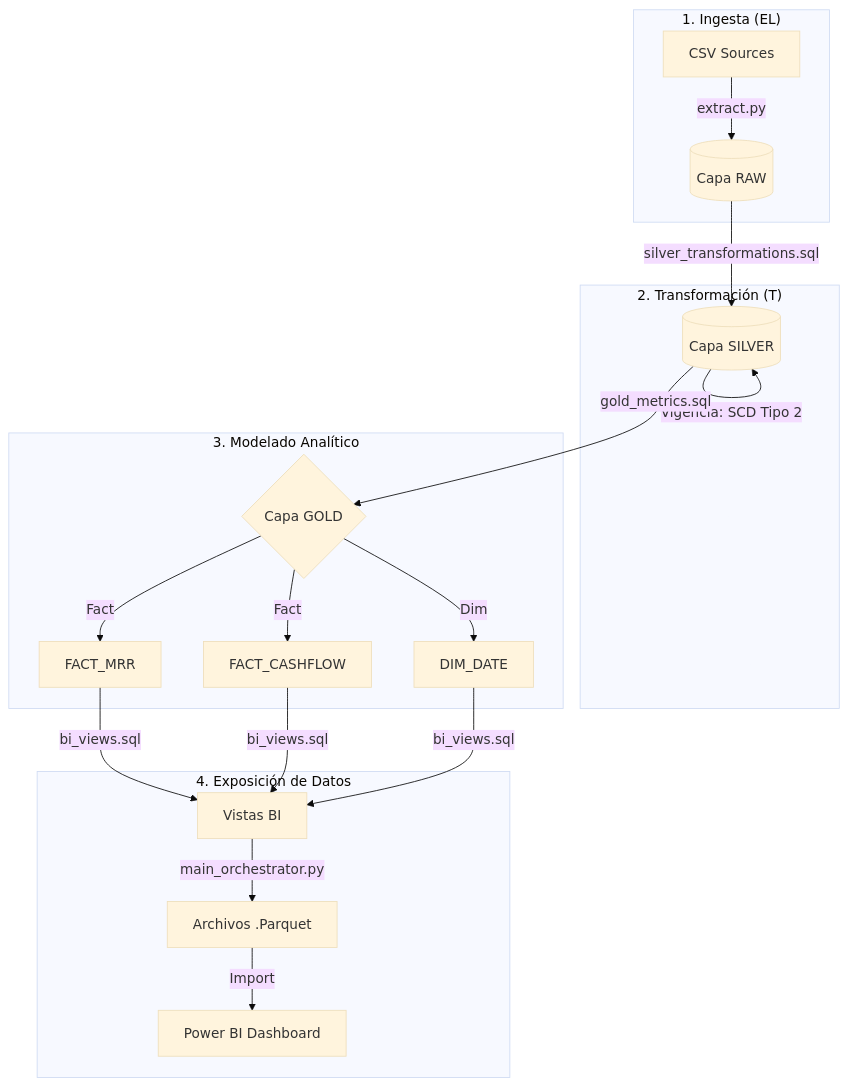
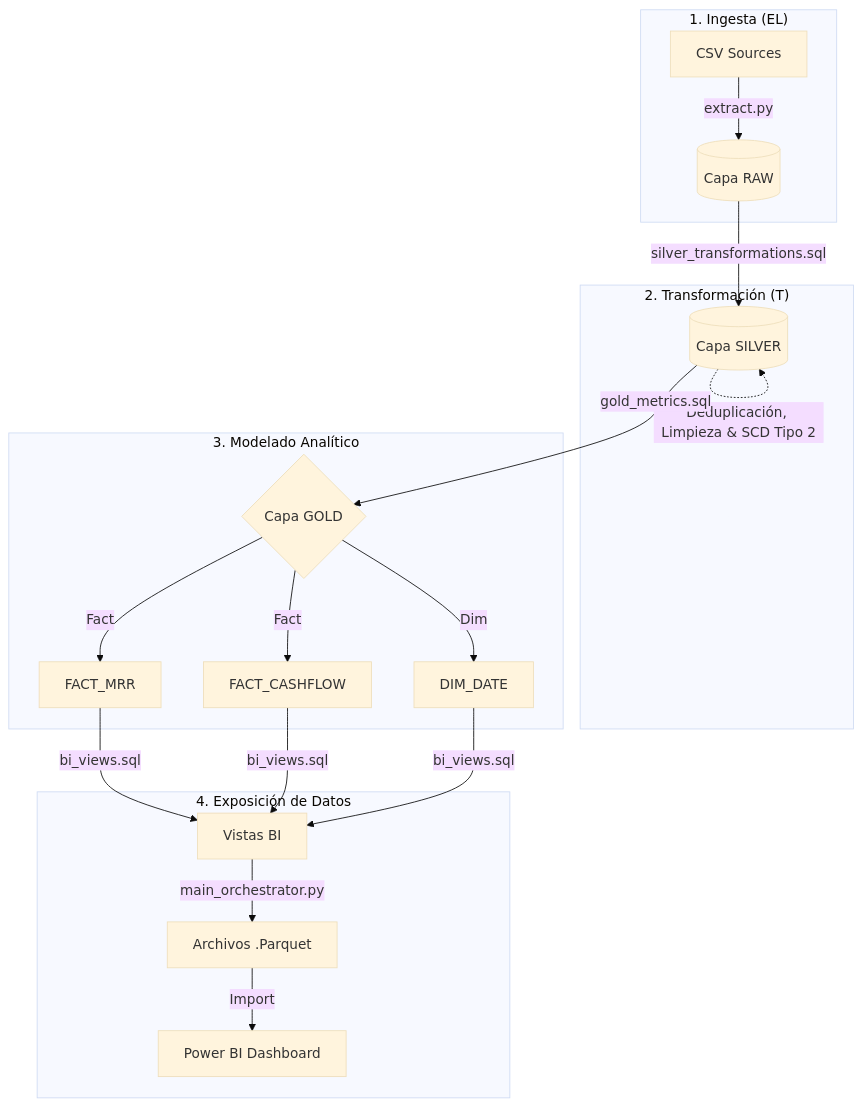
One commit to germansambony/financial-pipeline-duckdb-python changed the diagram in README.md. Above: the diagram before and after it, drawn with Mermaid (base theme).

````diff
--- a/README.md
+++ b/README.md
@@ -51,25 +51,25 @@
 ```mermaid
 graph TD
 subgraph "1. Ingesta (EL)"
 A[CSV Sources] -->|extract.py| B[(Capa RAW)]
 end
 
 subgraph "2. Transformación (T)"
     B -->|silver_transformations.sql| C[(Capa SILVER)]
-    C -->|Vigencia: SCD Tipo 2| C
+    C -.->|Deduplicación, Limpieza & SCD Tipo 2| C
 end
 
 subgraph "3. Modelado Analítico"
     C -->|gold_metrics.sql| D{Capa GOLD}
     D -->|Fact| F1[FACT_MRR]
     D -->|Fact| F2[FACT_CASHFLOW]
     D -->|Dim| D1[DIM_DATE]
 end
 
 subgraph "4. Exposición de Datos"
     F1 & F2 & D1 -->|bi_views.sql| V[Vistas BI]
     V -->|main_orchestrator.py| P[Archivos .Parquet]
     P -->|Import| PB[Power BI Dashboard]
 end
 
 ```
````
